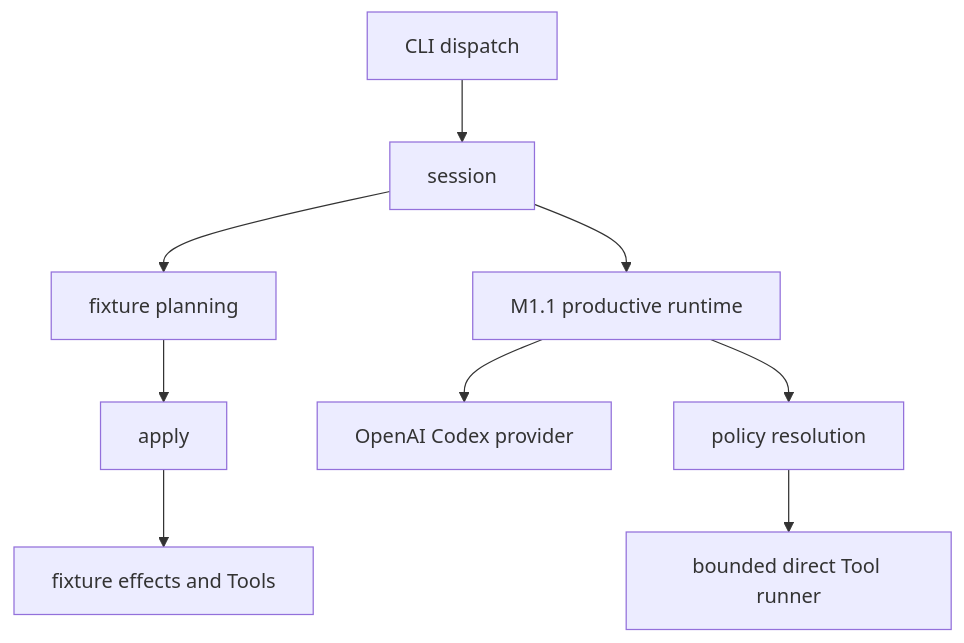
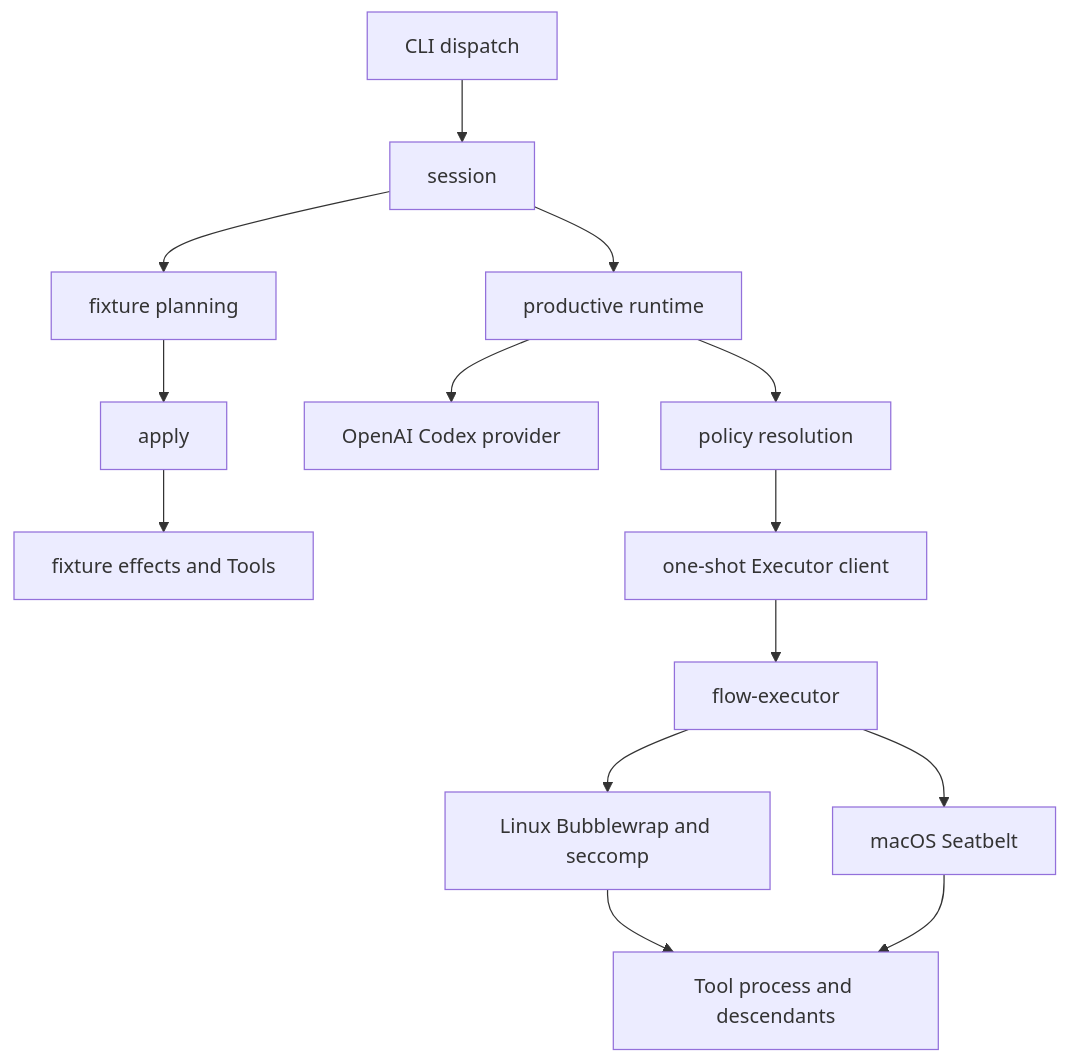
The second of 3 diagrams in docs/architecture.md (Open-Equilibrium/watershed), drawn with Mermaid before and after one commit. The commit also changed other lines of this file and 500 other files, not shown here.

First line of the commit message:
flow-agent: add native self-protection for trusted tools (#7)

````diff
--- a/docs/architecture.md
+++ b/docs/architecture.md
@@ -30,11 +31,16 @@
 ```mermaid
 flowchart TD
   D[CLI dispatch] --> S[session]
   S --> P[fixture planning]
   P --> A[apply]
   A --> F[fixture effects and Tools]
-  S --> R[M1.1 productive runtime]
+  S --> R[productive runtime]
   R --> O[OpenAI Codex provider]
   R --> Y[policy resolution]
-  Y --> T[bounded direct Tool runner]
+  Y --> E[one-shot Executor client]
+  E --> X[flow-executor]
+  X --> B[Linux Bubblewrap and seccomp]
+  X --> M[macOS Seatbelt]
+  B --> T[Tool process and descendants]
+  M --> T
 ```
````
